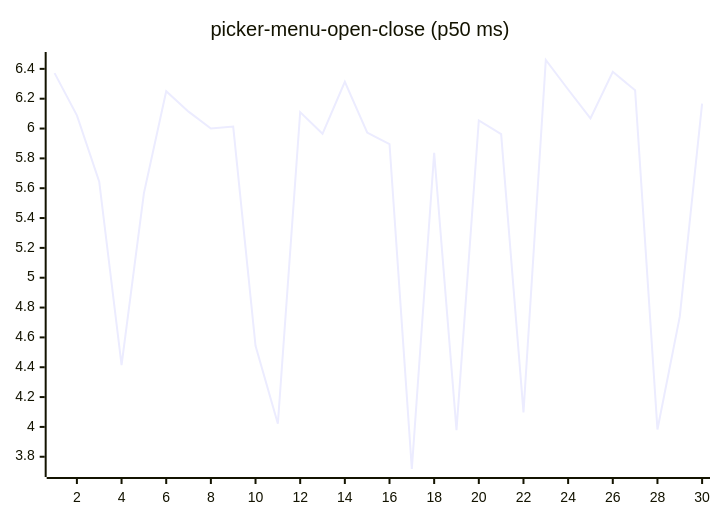
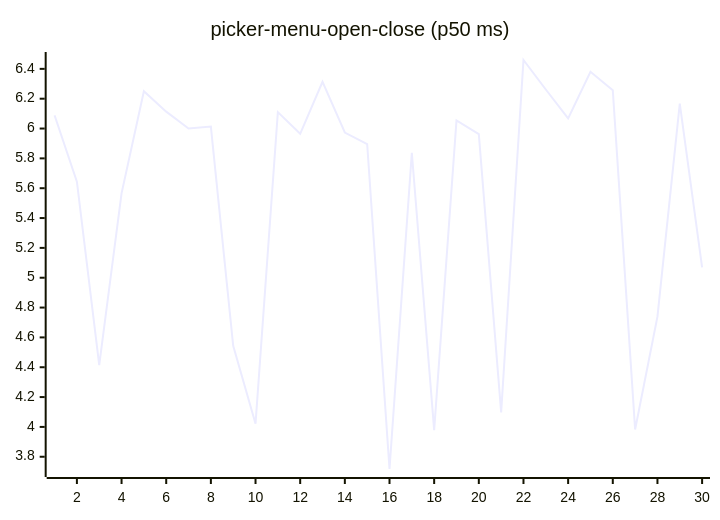
One commit to josha/Facet changed diagram 16 of 27 in README.md. Above: the diagram before and after it, drawn with Mermaid. The commit also changed other lines of this file and 2 other files, not shown here.

````diff
--- a/README.md
+++ b/README.md
@@ -168,6 +168,6 @@
 ```mermaid
 xychart-beta
     title "picker-menu-open-close (p50 ms)"
     x-axis 1 --> 30
-    line [6.3713, 6.0885, 5.6440, 4.4145, 5.5656, 6.2500, 6.1133, 6.0006, 6.0128, 4.5439, 4.0216, 6.1100, 5.9646, 6.3137, 5.9733, 5.8960, 3.7179, 5.8378, 3.9788, 6.0543, 5.9629, 4.0972, 6.4594, 6.2618, 6.0678, 6.3801, 6.2569, 3.9826, 4.7388, 6.1676]
+    line [6.0885, 5.6440, 4.4145, 5.5656, 6.2500, 6.1133, 6.0006, 6.0128, 4.5439, 4.0216, 6.1100, 5.9646, 6.3137, 5.9733, 5.8960, 3.7179, 5.8378, 3.9788, 6.0543, 5.9629, 4.0972, 6.4594, 6.2618, 6.0678, 6.3801, 6.2569, 3.9826, 4.7388, 6.1676, 5.0690]
 ```
````
